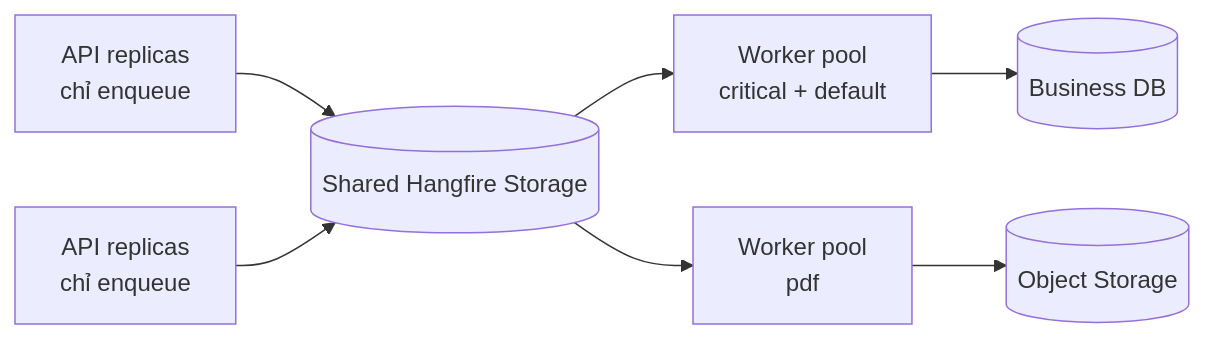
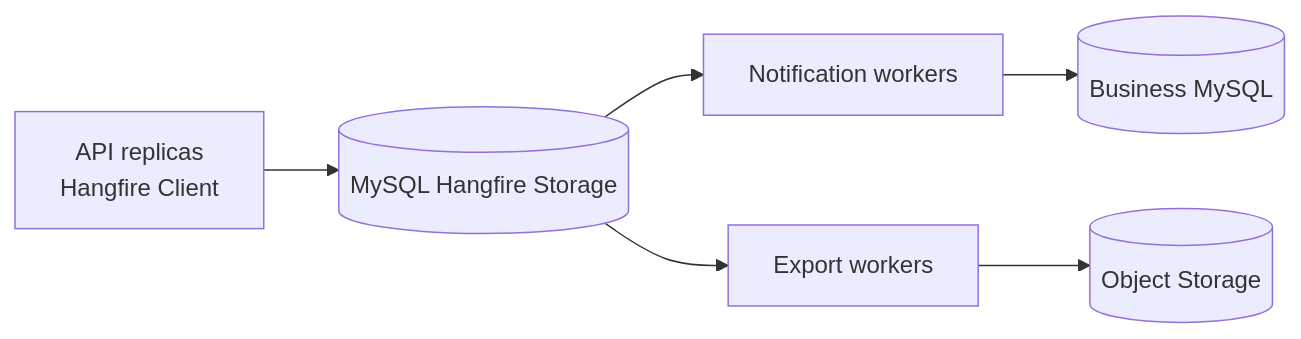
One commit to trungdev26/angular-internals changed the sixth of 10 diagrams in src/assets/docs/dotnet-core/hangfire.md. Above: the diagram before and after it, drawn with Mermaid. The commit also changed other lines of this file, not shown here.

Commit message:
docs: rewrite Hangfire as technical chapter

````diff
--- a/src/assets/docs/dotnet-core/hangfire.md
+++ b/src/assets/docs/dotnet-core/hangfire.md
@@ -1166,9 +393,8 @@
 ```mermaid
 flowchart LR
-    API1[API replicas<br/>chỉ enqueue] --> HF[(Shared Hangfire Storage)]
-    API2[API replicas<br/>chỉ enqueue] --> HF
-    HF --> Critical[Worker pool<br/>critical + default]
-    HF --> PDF[Worker pool<br/>pdf]
-    Critical --> Biz[(Business DB)]
-    PDF --> Files[(Object Storage)]
+    API[API replicas<br/>Hangfire Client] --> HF[(MySQL Hangfire Storage)]
+    HF --> Notify[Notification workers]
+    HF --> Export[Export workers]
+    Notify --> Biz[(Business MySQL)]
+    Export --> Files[(Object Storage)]
 ```
````
